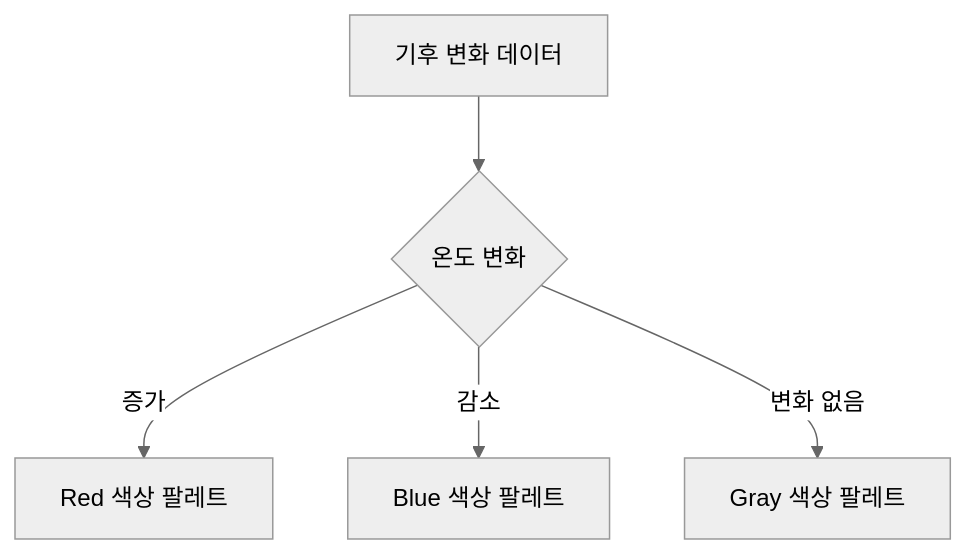
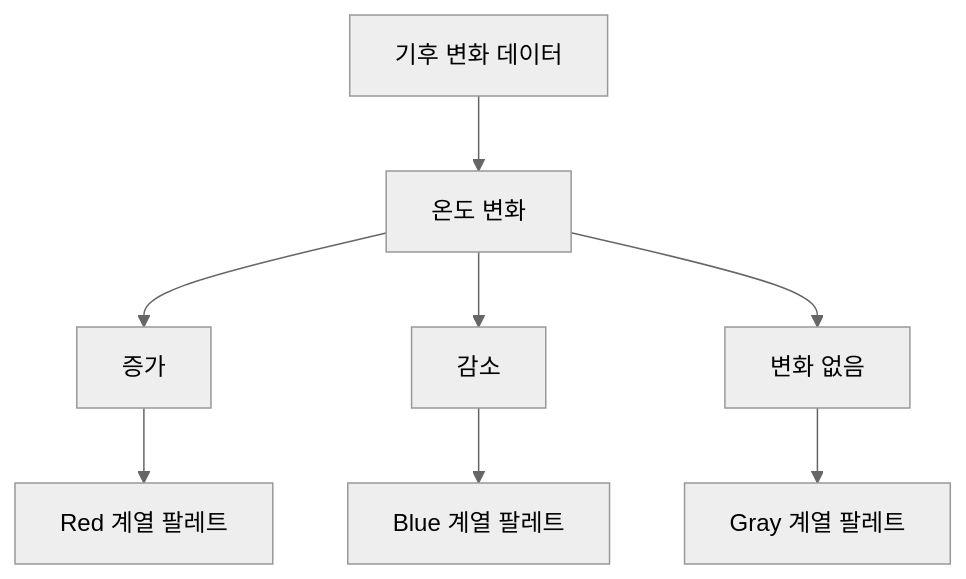
The fifth of 11 diagrams in content/post/2024/2024-10-23-color-brewer/index.md (42jerrykim/42jerrykim.github.io), drawn with Mermaid (neutral theme) before and after one commit. The commit also changed other lines of this file and 239 other files, not shown here.

````diff
--- a/content/post/2024/2024-10-23-color-brewer/index.md
+++ b/content/post/2024/2024-10-23-color-brewer/index.md
@@ -417,7 +372,18 @@
 ```mermaid
-graph TD;
-    A[기후 변화 데이터] --> B{온도 변화}
-    B -->|증가| C[Red 색상 팔레트]
-    B -->|감소| D[Blue 색상 팔레트]
-    B -->|변화 없음| E[Gray 색상 팔레트]
+graph TD
+    ClimateData["기후 변화 데이터"]
+    TempChange["온도 변화"]
+    Increase["증가"]
+    Decrease["감소"]
+    NoChange["변화 없음"]
+    RedPalette["Red 계열 팔레트"]
+    BluePalette["Blue 계열 팔레트"]
+    GrayPalette["Gray 계열 팔레트"]
+    ClimateData --> TempChange
+    TempChange --> Increase
+    TempChange --> Decrease
+    TempChange --> NoChange
+    Increase --> RedPalette
+    Decrease --> BluePalette
+    NoChange --> GrayPalette
 ```
````
